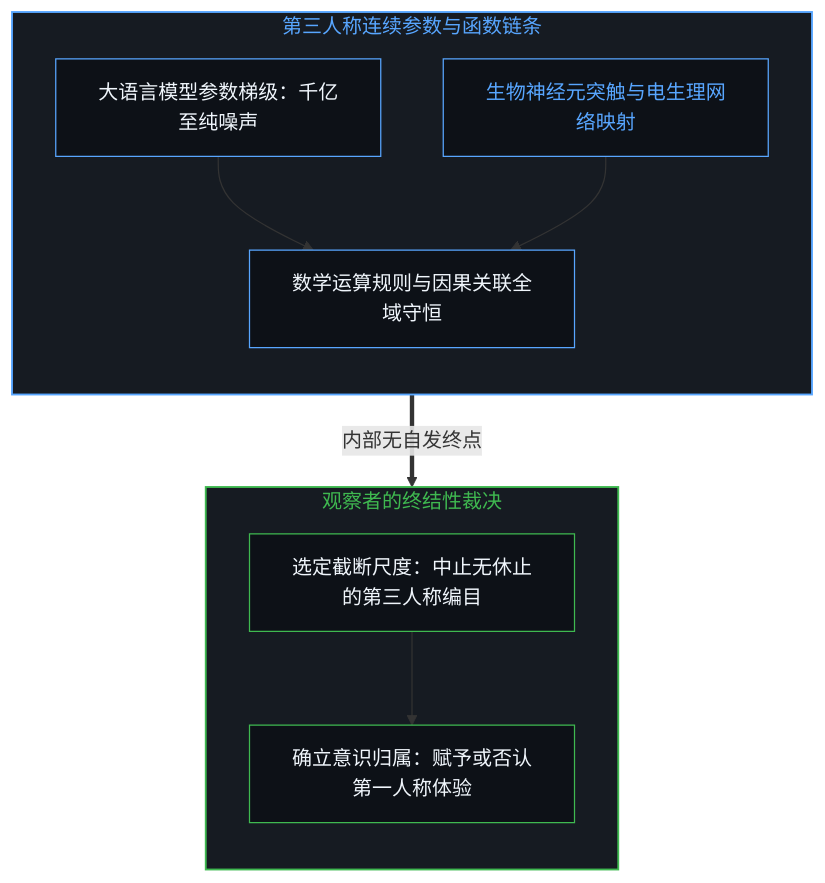
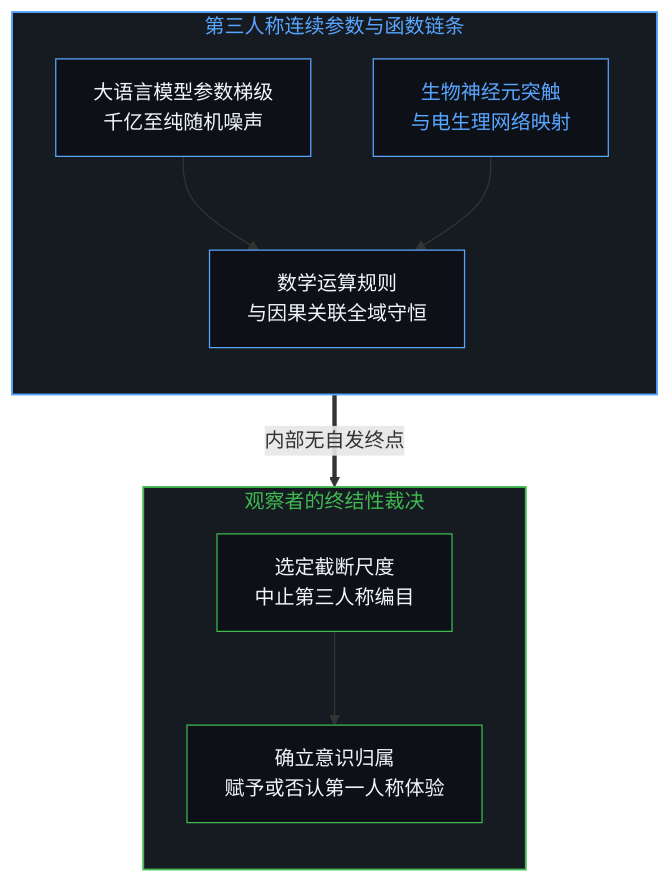
Before and after one commit to powerpig99/not-a-toe: the first of 8 diagrams in content/posts/consciousness-ascription-and-the-quantum-cut.md, drawn with Mermaid. The commit also changed other lines of this file and 2 other files, not shown here.

````diff
--- a/content/posts/consciousness-ascription-and-the-quantum-cut.md
+++ b/content/posts/consciousness-ascription-and-the-quantum-cut.md
@@ -17,27 +17,27 @@
 ```mermaid
 flowchart TD
     subgraph S_CHAIN_ZH ["第三人称连续参数与函数链条"]
         direction TB
         style S_CHAIN_ZH fill:#161b22,stroke:#58a6ff,stroke-width:1.5px,color:#58a6ff
-        C_LLM["大语言模型参数梯级：千亿至纯噪声"]
-        C_Bio["生物神经元突触与电生理网络映射"]
-        C_Rules["数学运算规则与因果关联全域守恒"]
+        C_LLM["大语言模型参数梯级<br/>千亿至纯随机噪声"]
+        C_Bio["生物神经元突触<br/>与电生理网络映射"]
+        C_Rules["数学运算规则<br/>与因果关联全域守恒"]
         C_LLM --> C_Rules
         C_Bio --> C_Rules
         style C_LLM fill:#0d1117,stroke:#58a6ff,stroke-width:1px,color:#f0f6fc
         style C_Bio fill:#0d1117,stroke:#58a6ff,stroke-width:1px,color:#58a6ff
         style C_Rules fill:#0d1117,stroke:#58a6ff,stroke-width:1px,color:#f0f6fc
     end
 
     subgraph S_CUT_ZH ["观察者的终结性裁决"]
         direction TB
         style S_CUT_ZH fill:#161b22,stroke:#3fb950,stroke-width:1.5px,color:#3fb950
-        O_Decide["选定截断尺度：中止无休止的第三人称编目"]
-        O_Ascribe["确立意识归属：赋予或否认第一人称体验"]
+        O_Decide["选定截断尺度<br/>中止第三人称编目"]
+        O_Ascribe["确立意识归属<br/>赋予或否认第一人称体验"]
         O_Decide --> O_Ascribe
         style O_Decide fill:#0d1117,stroke:#3fb950,stroke-width:1px,color:#f0f6fc
         style O_Ascribe fill:#0d1117,stroke:#3fb950,stroke-width:1px,color:#f0f6fc
     end
 
     C_Rules ==>|"内部无自发终点"| O_Decide
 ```
````
